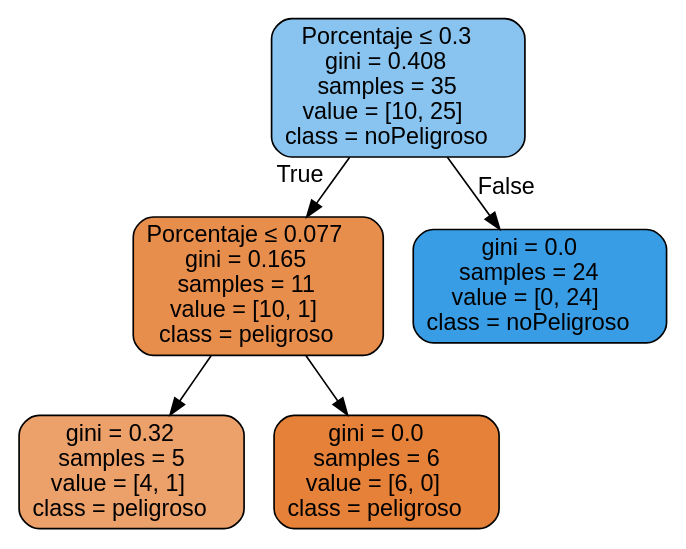
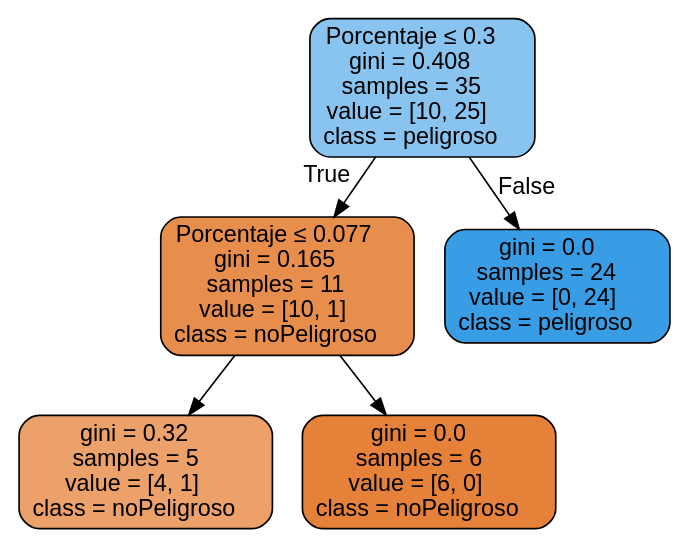
Before and after one commit to edupasc/SI-Practicas: the diagram in CRM/test.gv, drawn with Graphviz. The commit also changed 15 other files, not shown here.

```diff
--- a/CRM/test.gv
+++ b/CRM/test.gv
@@ -1,13 +1,13 @@
 digraph Tree {
 node [shape=box, style="filled, rounded", color="black", fontname="helvetica"] ;
 edge [fontname="helvetica"] ;
-0 [label=<Porcentaje &le; 0.3<br/>gini = 0.408<br/>samples = 35<br/>value = [10, 25]<br/>class = noPeligroso>, fillcolor="#88c4ef"] ;
-1 [label=<Porcentaje &le; 0.077<br/>gini = 0.165<br/>samples = 11<br/>value = [10, 1]<br/>class = peligroso>, fillcolor="#e88e4d"] ;
+0 [label=<Porcentaje &le; 0.3<br/>gini = 0.408<br/>samples = 35<br/>value = [10, 25]<br/>class = peligroso>, fillcolor="#88c4ef"] ;
+1 [label=<Porcentaje &le; 0.077<br/>gini = 0.165<br/>samples = 11<br/>value = [10, 1]<br/>class = noPeligroso>, fillcolor="#e88e4d"] ;
 0 -> 1 [labeldistance=2.5, labelangle=45, headlabel="True"] ;
-2 [label=<gini = 0.32<br/>samples = 5<br/>value = [4, 1]<br/>class = peligroso>, fillcolor="#eca06a"] ;
+2 [label=<gini = 0.32<br/>samples = 5<br/>value = [4, 1]<br/>class = noPeligroso>, fillcolor="#eca06a"] ;
 1 -> 2 ;
-3 [label=<gini = 0.0<br/>samples = 6<br/>value = [6, 0]<br/>class = peligroso>, fillcolor="#e58139"] ;
+3 [label=<gini = 0.0<br/>samples = 6<br/>value = [6, 0]<br/>class = noPeligroso>, fillcolor="#e58139"] ;
 1 -> 3 ;
-4 [label=<gini = 0.0<br/>samples = 24<br/>value = [0, 24]<br/>class = noPeligroso>, fillcolor="#399de5"] ;
+4 [label=<gini = 0.0<br/>samples = 24<br/>value = [0, 24]<br/>class = peligroso>, fillcolor="#399de5"] ;
 0 -> 4 [labeldistance=2.5, labelangle=-45, headlabel="False"] ;
 }
```
